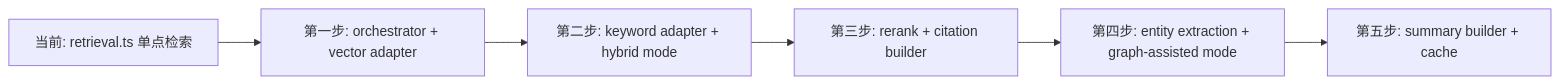
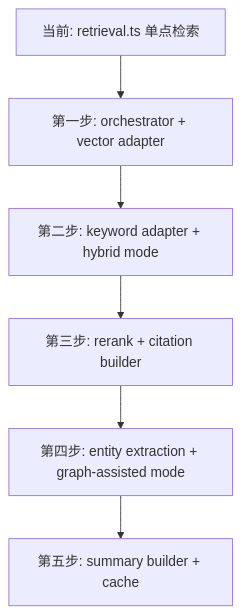
The fourth of 4 diagrams in docs/archived/retrieval-structure-adjustment.md (pofossette/TrapMap-for-vibing), drawn with Mermaid before and after one commit. The commit also changed other lines of this file and 31 other files, not shown here.

````diff
--- a/docs/archived/retrieval-structure-adjustment.md
+++ b/docs/archived/retrieval-structure-adjustment.md
@@ -238,8 +238,8 @@
 ```mermaid
-flowchart LR
+flowchart TB
     A[当前: retrieval.ts 单点检索] --> B[第一步: orchestrator + vector adapter]
     B --> C[第二步: keyword adapter + hybrid mode]
     C --> D[第三步: rerank + citation builder]
     D --> E[第四步: entity extraction + graph-assisted mode]
     E --> F[第五步: summary builder + cache]
 ```
````
